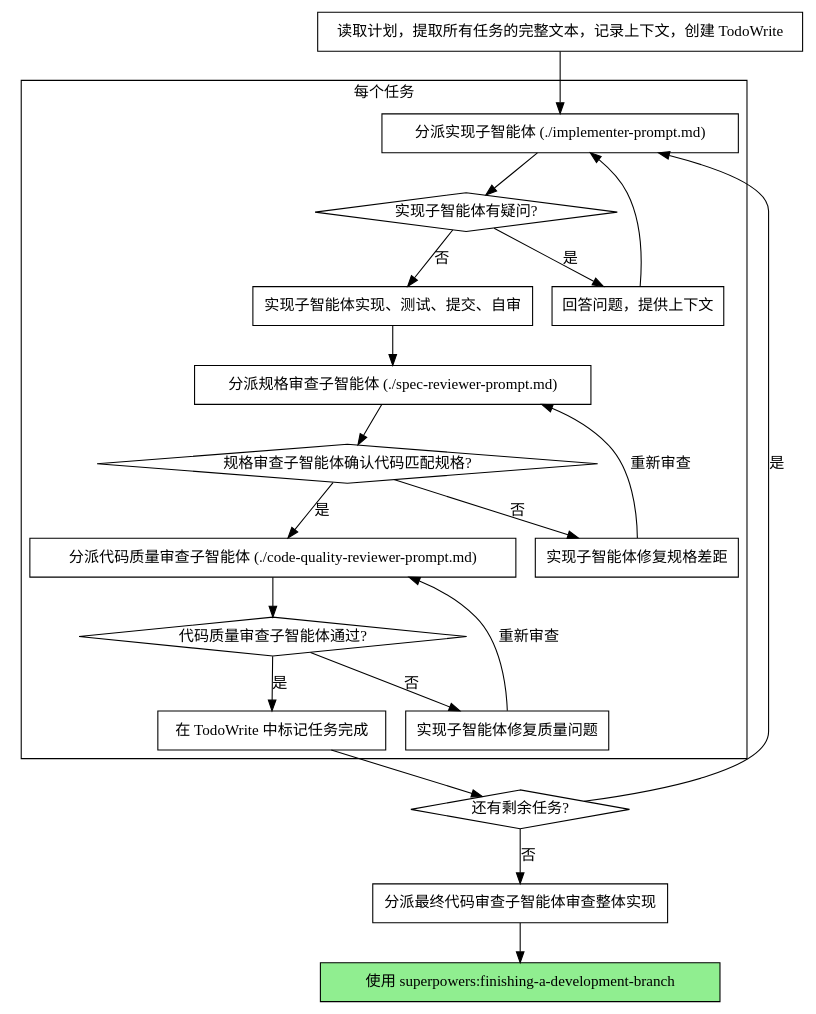
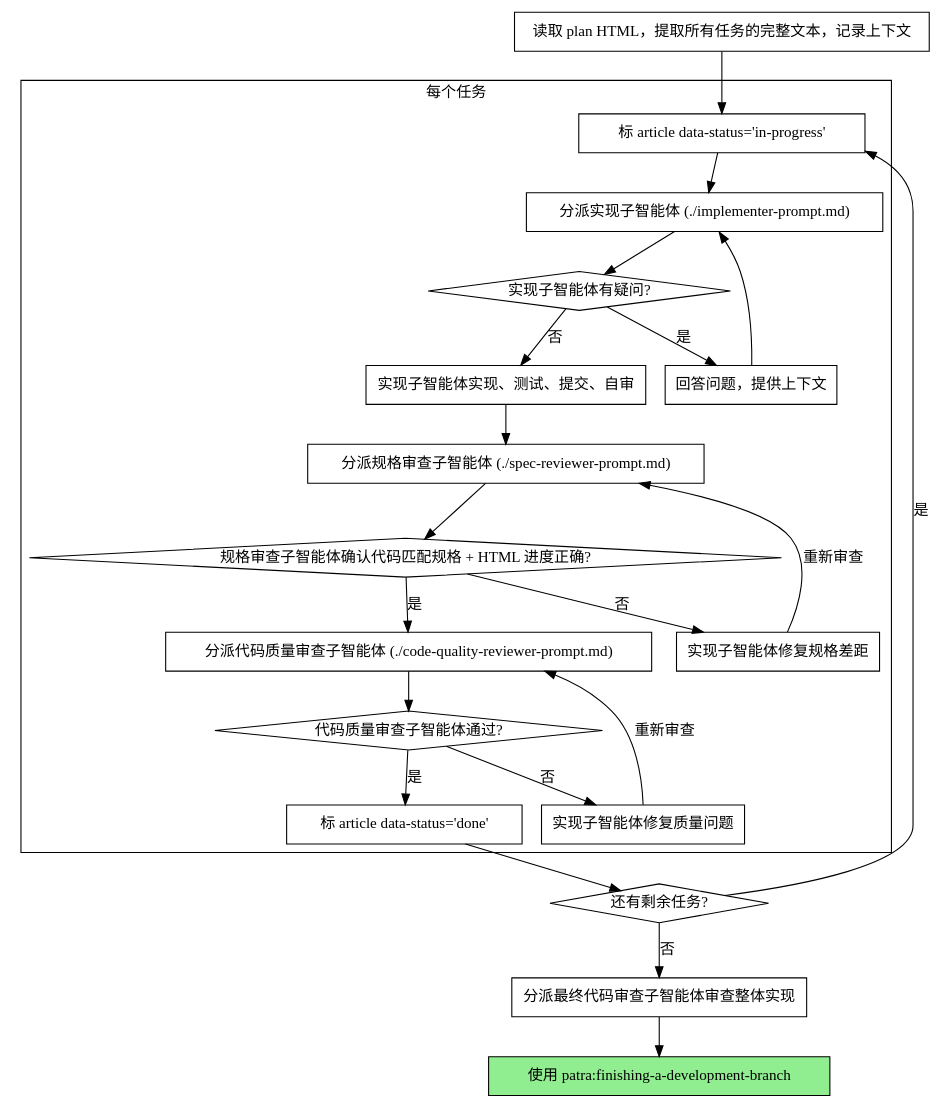
The second of 2 diagrams in .claude-marketplace/patra/skills/subagent-driven-development/SKILL.md (linqibin0826/patra), drawn with Graphviz before and after one commit. The commit also changed other lines of this file and 3 other files, not shown here.

First line of the commit message:
refactor(skill/subagent-driven-development): Patra 化（不含并行）

````diff
--- a/.claude-marketplace/patra/skills/subagent-driven-development/SKILL.md
+++ b/.claude-marketplace/patra/skills/subagent-driven-development/SKILL.md
@@ -42,44 +58,46 @@
 ```dot
 digraph process {
     rankdir=TB;
 
     subgraph cluster_per_task {
         label="每个任务";
+        "标 article data-status='in-progress'" [shape=box];
         "分派实现子智能体 (./implementer-prompt.md)" [shape=box];
         "实现子智能体有疑问?" [shape=diamond];
         "回答问题，提供上下文" [shape=box];
         "实现子智能体实现、测试、提交、自审" [shape=box];
         "分派规格审查子智能体 (./spec-reviewer-prompt.md)" [shape=box];
-        "规格审查子智能体确认代码匹配规格?" [shape=diamond];
+        "规格审查子智能体确认代码匹配规格 + HTML 进度正确?" [shape=diamond];
         "实现子智能体修复规格差距" [shape=box];
         "分派代码质量审查子智能体 (./code-quality-reviewer-prompt.md)" [shape=box];
         "代码质量审查子智能体通过?" [shape=diamond];
         "实现子智能体修复质量问题" [shape=box];
-        "在 TodoWrite 中标记任务完成" [shape=box];
+        "标 article data-status='done'" [shape=box];
     }
 
-    "读取计划，提取所有任务的完整文本，记录上下文，创建 TodoWrite" [shape=box];
+    "读取 plan HTML，提取所有任务的完整文本，记录上下文" [shape=box];
     "还有剩余任务?" [shape=diamond];
     "分派最终代码审查子智能体审查整体实现" [shape=box];
-    "使用 superpowers:finishing-a-development-branch" [shape=box style=filled fillcolor=lightgreen];
+    "使用 patra:finishing-a-development-branch" [shape=box style=filled fillcolor=lightgreen];
 
-    "读取计划，提取所有任务的完整文本，记录上下文，创建 TodoWrite" -> "分派实现子智能体 (./implementer-prompt.md)";
+    "读取 plan HTML，提取所有任务的完整文本，记录上下文" -> "标 article data-status='in-progress'";
+    "标 article data-status='in-progress'" -> "分派实现子智能体 (./implementer-prompt.md)";
     "分派实现子智能体 (./implementer-prompt.md)" -> "实现子智能体有疑问?";
     "实现子智能体有疑问?" -> "回答问题，提供上下文" [label="是"];
     "回答问题，提供上下文" -> "分派实现子智能体 (./implementer-prompt.md)";
     "实现子智能体有疑问?" -> "实现子智能体实现、测试、提交、自审" [label="否"];
     "实现子智能体实现、测试、提交、自审" -> "分派规格审查子智能体 (./spec-reviewer-prompt.md)";
-    "分派规格审查子智能体 (./spec-reviewer-prompt.md)" -> "规格审查子智能体确认代码匹配规格?";
-    "规格审查子智能体确认代码匹配规格?" -> "实现子智能体修复规格差距" [label="否"];
+    "分派规格审查子智能体 (./spec-reviewer-prompt.md)" -> "规格审查子智能体确认代码匹配规格 + HTML 进度正确?";
+    "规格审查子智能体确认代码匹配规格 + HTML 进度正确?" -> "实现子智能体修复规格差距" [label="否"];
     "实现子智能体修复规格差距" -> "分派规格审查子智能体 (./spec-reviewer-prompt.md)" [label="重新审查"];
-    "规格审查子智能体确认代码匹配规格?" -> "分派代码质量审查子智能体 (./code-quality-reviewer-prompt.md)" [label="是"];
+    "规格审查子智能体确认代码匹配规格 + HTML 进度正确?" -> "分派代码质量审查子智能体 (./code-quality-reviewer-prompt.md)" [label="是"];
     "分派代码质量审查子智能体 (./code-quality-reviewer-prompt.md)" -> "代码质量审查子智能体通过?";
     "代码质量审查子智能体通过?" -> "实现子智能体修复质量问题" [label="否"];
     "实现子智能体修复质量问题" -> "分派代码质量审查子智能体 (./code-quality-reviewer-prompt.md)" [label="重新审查"];
-    "代码质量审查子智能体通过?" -> "在 TodoWrite 中标记任务完成" [label="是"];
-    "在 TodoWrite 中标记任务完成" -> "还有剩余任务?";
-    "还有剩余任务?" -> "分派实现子智能体 (./implementer-prompt.md)" [label="是"];
+    "代码质量审查子智能体通过?" -> "标 article data-status='done'" [label="是"];
+    "标 article data-status='done'" -> "还有剩余任务?";
+    "还有剩余任务?" -> "标 article data-status='in-progress'" [label="是"];
     "还有剩余任务?" -> "分派最终代码审查子智能体审查整体实现" [label="否"];
-    "分派最终代码审查子智能体审查整体实现" -> "使用 superpowers:finishing-a-development-branch";
+    "分派最终代码审查子智能体审查整体实现" -> "使用 patra:finishing-a-development-branch";
 }
 ```
````
